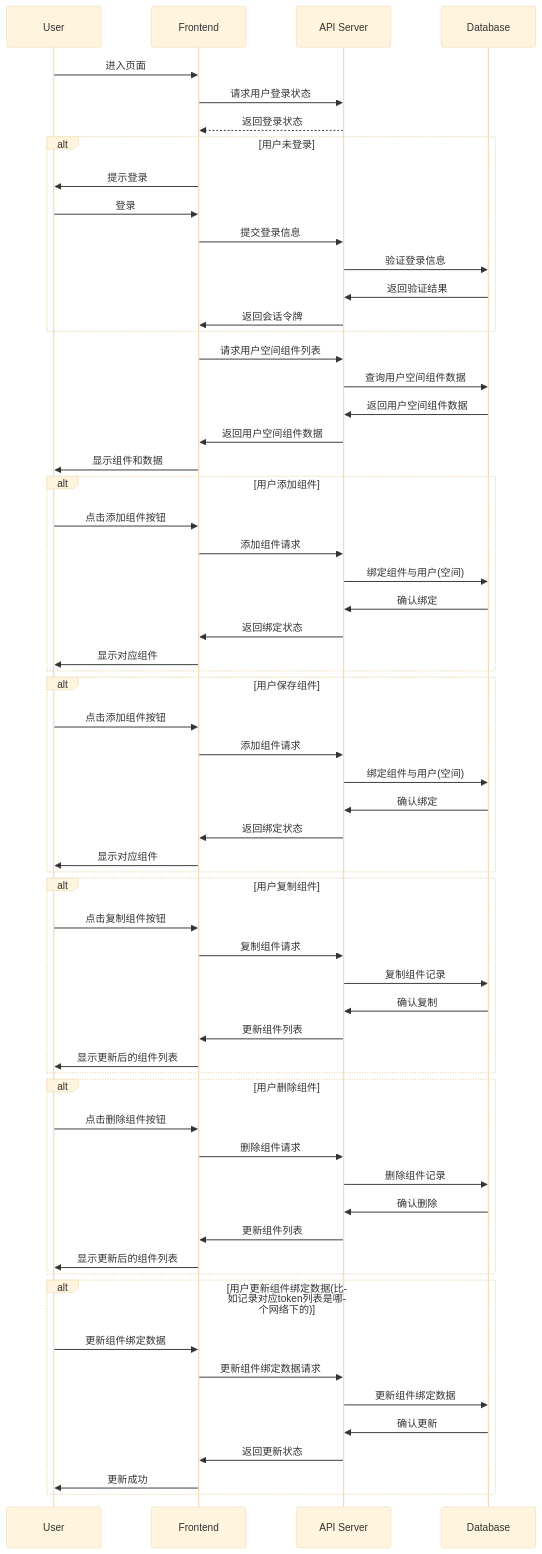
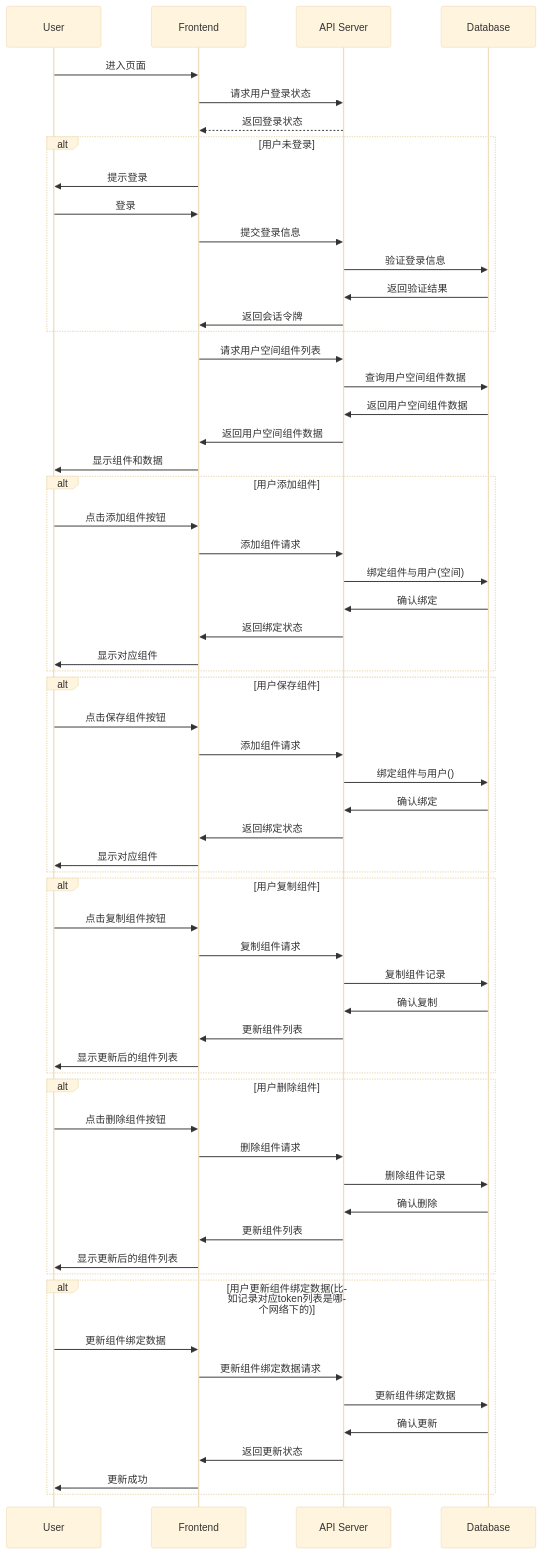
The diagram in all/未命名-7.md (yingjianzh/iodraw-files), drawn with Mermaid (base theme) before and after one commit.

Commit message:
2024-10-09 10:34:06 update

````diff
--- a/all/未命名-7.md
+++ b/all/未命名-7.md
@@ -1,71 +1,71 @@
 ```mermaid
 sequenceDiagram
     participant User
     participant Frontend
     participant API Server
     participant Database
 
     User->>Frontend: 进入页面
     Frontend->>API Server: 请求用户登录状态
     API Server-->>Frontend: 返回登录状态
     alt 用户未登录
         Frontend->>User: 提示登录
         User->>Frontend: 登录
         Frontend->>API Server: 提交登录信息
         API Server->>Database: 验证登录信息
         Database->>API Server: 返回验证结果
         API Server->>Frontend: 返回会话令牌
     end
 
     Frontend->>API Server: 请求用户空间组件列表
     API Server->>Database: 查询用户空间组件数据
     Database->>API Server: 返回用户空间组件数据
     API Server->>Frontend: 返回用户空间组件数据
     Frontend->>User: 显示组件和数据
 
     alt 用户添加组件
         User->>Frontend: 点击添加组件按钮
         Frontend->>API Server: 添加组件请求
         API Server->>Database: 绑定组件与用户(空间)
         Database->>API Server: 确认绑定
         API Server->>Frontend: 返回绑定状态
         Frontend->>User: 显示对应组件
     end
 
     alt 用户保存组件
-        User->>Frontend: 点击添加组件按钮
+        User->>Frontend: 点击保存组件按钮
         Frontend->>API Server: 添加组件请求
-        API Server->>Database: 绑定组件与用户(空间)
+        API Server->>Database: 绑定组件与用户()
         Database->>API Server: 确认绑定
         API Server->>Frontend: 返回绑定状态
         Frontend->>User: 显示对应组件
     end
 
     alt 用户复制组件
         User->>Frontend: 点击复制组件按钮
         Frontend->>API Server: 复制组件请求
         API Server->>Database: 复制组件记录
         Database->>API Server: 确认复制
         API Server->>Frontend: 更新组件列表
         Frontend->>User: 显示更新后的组件列表
     end
 
     alt 用户删除组件
         User->>Frontend: 点击删除组件按钮
         Frontend->>API Server: 删除组件请求
         API Server->>Database: 删除组件记录
         Database->>API Server: 确认删除
         API Server->>Frontend: 更新组件列表
         Frontend->>User: 显示更新后的组件列表
     end
 
     alt 用户更新组件绑定数据(比如记录对应token列表是哪个网络下的)
         User->>Frontend: 更新组件绑定数据
         Frontend->>API Server: 更新组件绑定数据请求
         API Server->>Database: 更新组件绑定数据
         Database->>API Server: 确认更新
         API Server->>Frontend: 返回更新状态
         Frontend->>User: 更新成功
     end
 
 ```
````
